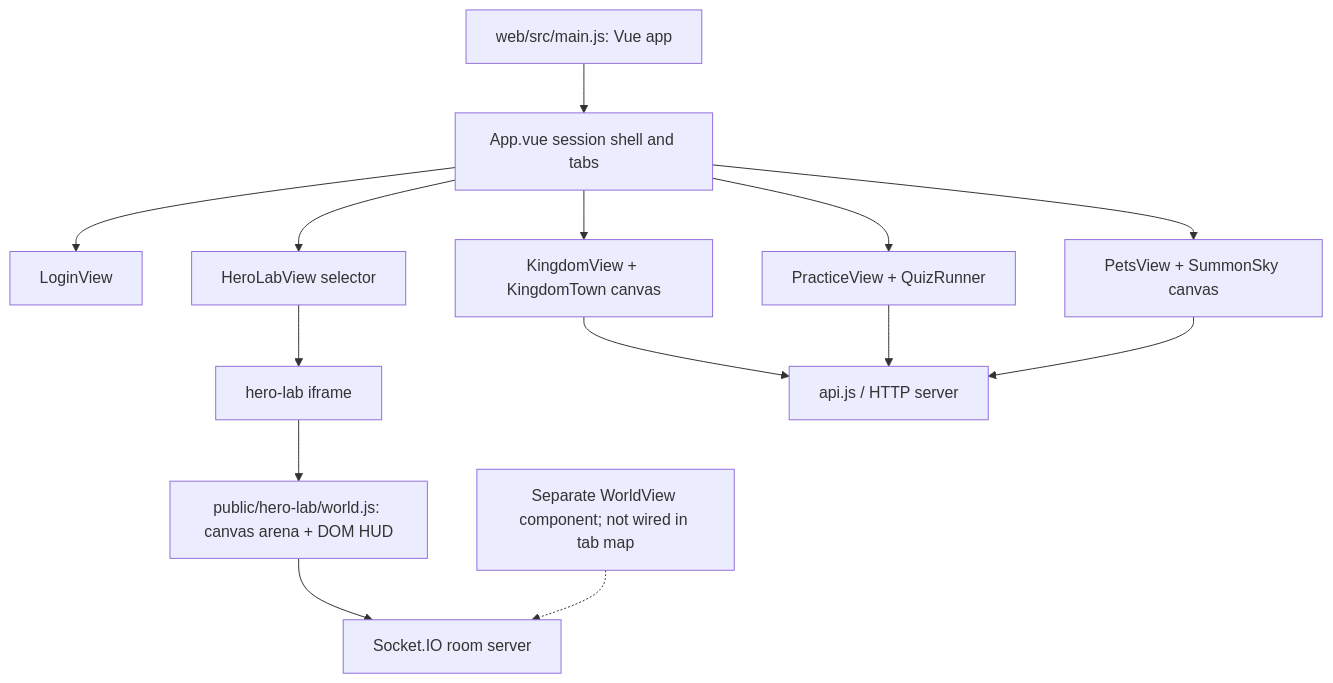
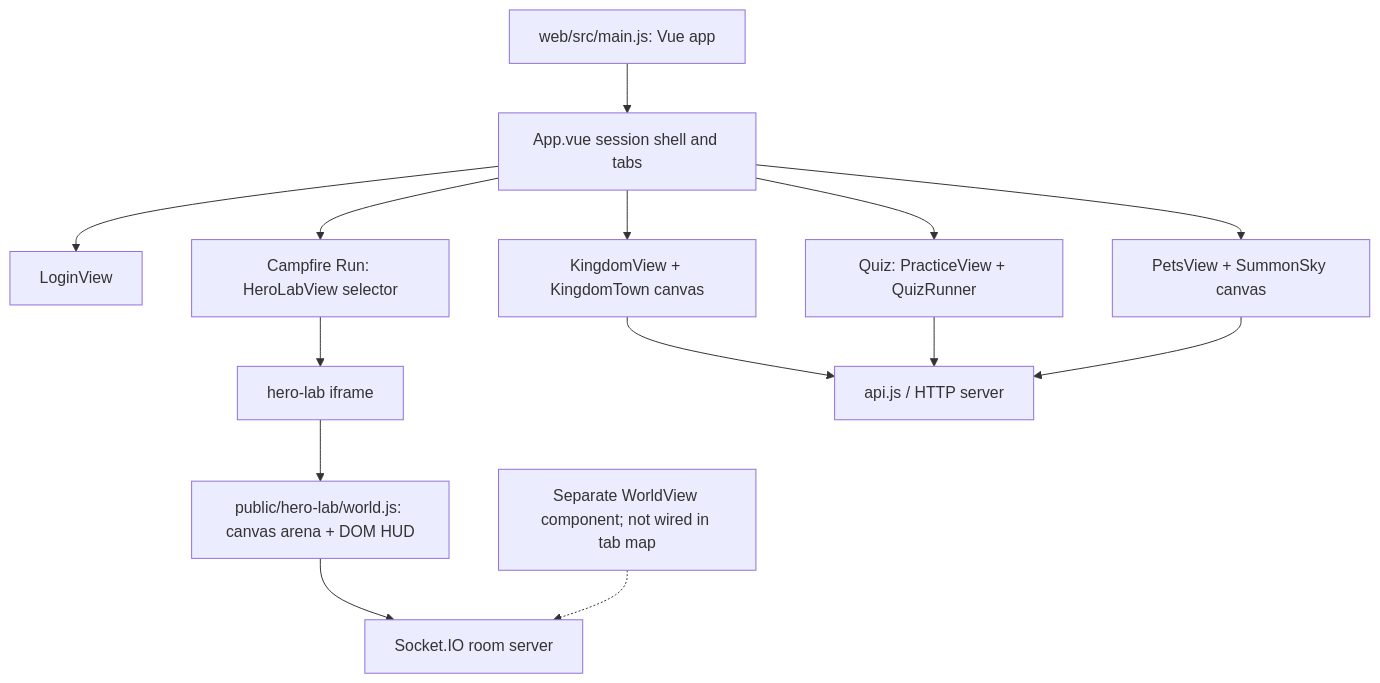
The diagram in docs/ui/09-glossary-and-cheatsheet.md (whansel007/QuizQuest), drawn with Mermaid before and after one commit. The commit also changed other lines of this file and 14 other files, not shown here.

````diff
--- a/docs/ui/09-glossary-and-cheatsheet.md
+++ b/docs/ui/09-glossary-and-cheatsheet.md
@@ -69,16 +69,16 @@
 ```mermaid
 flowchart TB
   Browser[web/src/main.js: Vue app] --> Shell[App.vue session shell and tabs]
   Shell --> Login[LoginView]
   Shell --> Kingdom[KingdomView + KingdomTown canvas]
-  Shell --> Practice[PracticeView + QuizRunner]
-  Shell --> World[HeroLabView selector]
+  Shell --> Practice[Quiz: PracticeView + QuizRunner]
+  Shell --> World[Campfire Run: HeroLabView selector]
   Shell --> Summon[PetsView + SummonSky canvas]
   World --> Frame[hero-lab iframe]
   Frame --> Arena[public/hero-lab/world.js: canvas arena + DOM HUD]
   Kingdom --> HTTP[api.js / HTTP server]
   Practice --> HTTP
   Summon --> HTTP
   Arena --> Socket[Socket.IO room server]
   WorldView[Separate WorldView component; not wired in tab map] -.-> Socket
 ```
````
